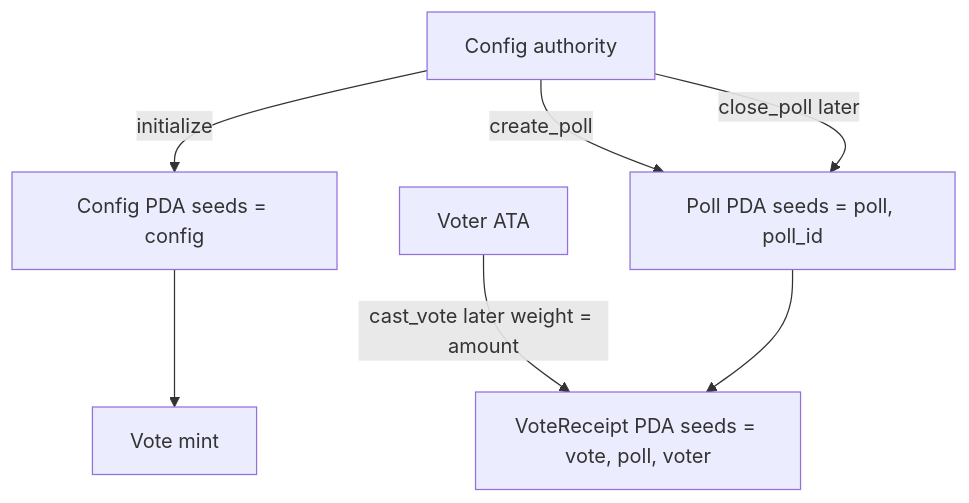
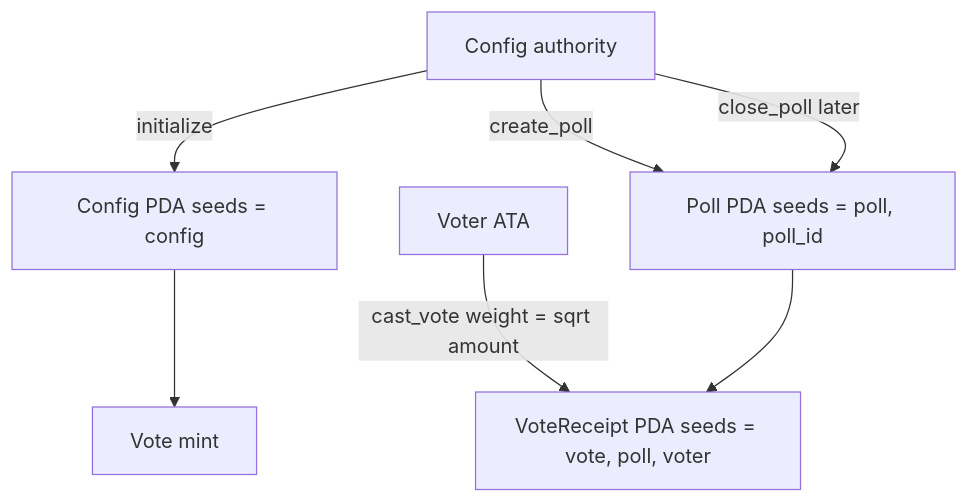
One commit to klisman/ledger-vote-solana changed the diagram in README.md. Above: the diagram before and after it, drawn with Mermaid. The commit also changed other lines of this file, not shown here.

First line of the commit message:
Document sqrt vote weight and the sequential PR roadmap.

````diff
--- a/README.md
+++ b/README.md
@@ -35,16 +36,16 @@
 ```mermaid
 flowchart TD
   authority[Config authority]
   config["Config PDA seeds = config"]
   mint[Vote mint]
   poll["Poll PDA seeds = poll, poll_id"]
   ata[Voter ATA]
   receipt["VoteReceipt PDA seeds = vote, poll, voter"]
 
   authority -->|initialize| config
   config --> mint
   authority -->|create_poll| poll
-  ata -->|cast_vote later weight = amount| receipt
+  ata -->|cast_vote weight = sqrt amount| receipt
   poll --> receipt
   authority -->|close_poll later| poll
 ```
````
